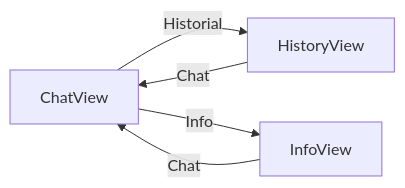
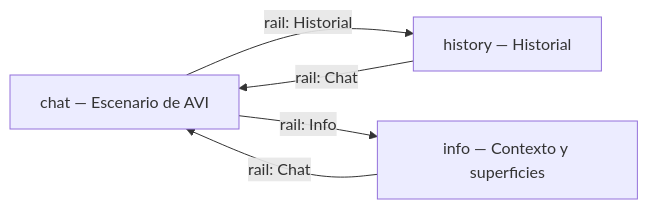
The first of 2 diagrams in docs/FLOW.md (m4ck-y/dh_frontend_avi), drawn with Mermaid before and after one commit. The commit also changed other lines of this file and 11 other files, not shown here.

````diff
--- a/docs/FLOW.md
+++ b/docs/FLOW.md
@@ -3,7 +11,11 @@
 ```mermaid
 flowchart LR
-    chat["ChatView"] -->|"Historial"| history["HistoryView"]
-    chat -->|"Info"| info["InfoView"]
-    history -->|"Chat"| chat
-    info -->|"Chat"| chat
+    chat["chat — Escenario de AVI"]
+    history["history — Historial"]
+    info["info — Contexto y superficies"]
+
+    chat -->|"rail: Historial"| history
+    chat -->|"rail: Info"| info
+    history -->|"rail: Chat"| chat
+    info -->|"rail: Chat"| chat
 ```
````
